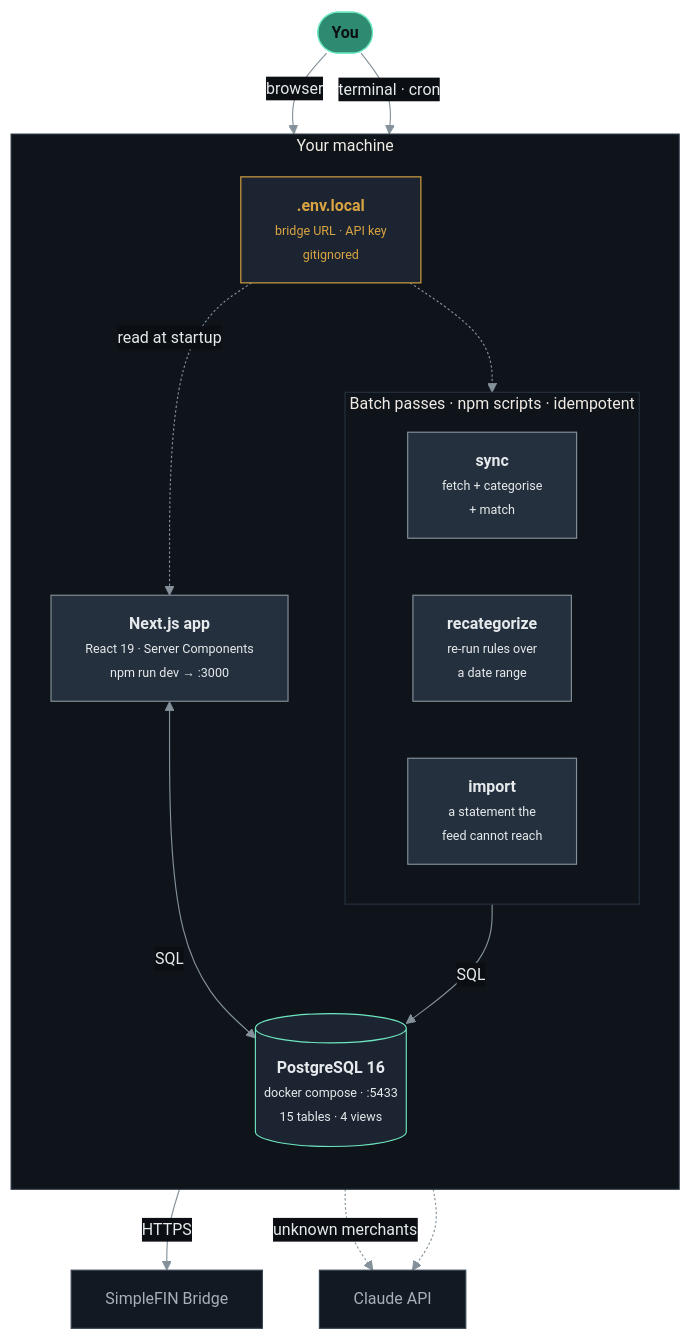
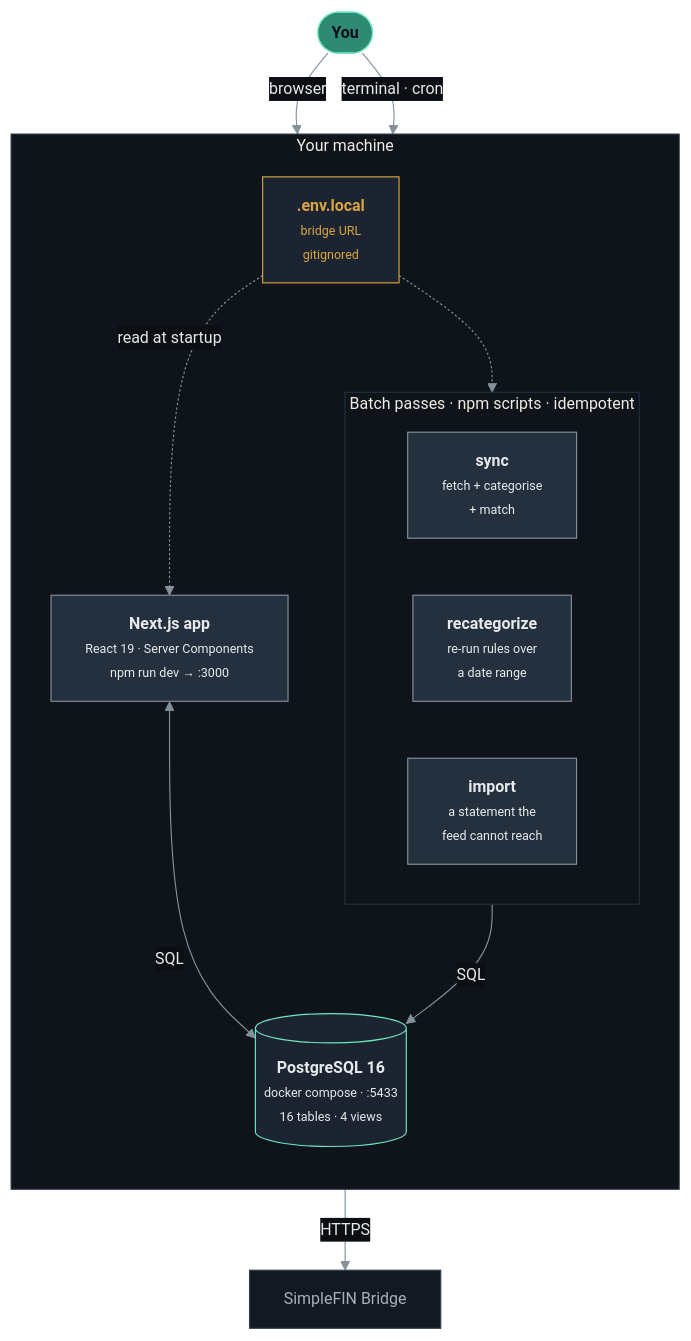
The diagram in docs/architecture/containers.md (aryamanram/personal-finance-manager), drawn with Mermaid before and after one commit. The commit also changed 37 other files, not shown here.

````diff
--- a/docs/architecture/containers.md
+++ b/docs/architecture/containers.md
@@ -7,53 +7,50 @@
 ```mermaid
 %%{init: {'theme':'base','themeVariables':{
   'background':'transparent',
   'primaryColor':'#1b2430','primaryTextColor':'#e6eaec','primaryBorderColor':'#34424f',
   'lineColor':'#84919a','secondaryColor':'#131922','tertiaryColor':'#0f141b',
   'clusterBkg':'#0f141b','clusterBorder':'#25303e',
   'edgeLabelBackground':'#0b0f14','fontSize':'14px'
 }}}%%
 flowchart TB
     owner(["<b>You</b>"])
 
     subgraph machine["Your machine"]
         direction TB
 
         web["<b>Next.js app</b><br/><span style='font-size:11px'>React 19 · Server Components<br/>npm run dev → :3000</span>"]
 
         subgraph passes["Batch passes · npm scripts · idempotent"]
             direction LR
             sync["<b>sync</b><br/><span style='font-size:11px'>fetch + categorise<br/>+ match</span>"]
             recat["<b>recategorize</b><br/><span style='font-size:11px'>re-run rules over<br/>a date range</span>"]
             importcsv["<b>import</b><br/><span style='font-size:11px'>a statement the<br/>feed cannot reach</span>"]
         end
 
-        db[("<b>PostgreSQL 16</b><br/><span style='font-size:11px'>docker compose · :5433<br/>15 tables · 4 views</span>")]
-        envfile["<b>.env.local</b><br/><span style='font-size:11px'>bridge URL · API key<br/>gitignored</span>"]
+        db[("<b>PostgreSQL 16</b><br/><span style='font-size:11px'>docker compose · :5433<br/>16 tables · 4 views</span>")]
+        envfile["<b>.env.local</b><br/><span style='font-size:11px'>bridge URL<br/>gitignored</span>"]
     end
 
     bridge["SimpleFIN Bridge"]
-    claude["Claude API"]
 
     owner -->|"browser"| web
     owner -->|"terminal · cron"| passes
 
     web <-->|"SQL"| db
     passes -->|"SQL"| db
     sync -->|"HTTPS"| bridge
-    recat -.->|"unknown merchants"| claude
-    sync -.-> claude
 
     envfile -.->|"read at startup"| web
     envfile -.-> passes
 
     classDef person fill:#2f8a72,stroke:#6ee7c0,color:#0b0f14
     classDef app fill:#25303e,stroke:#84919a,color:#e6eaec
     classDef store fill:#1b2430,stroke:#6ee7c0,color:#e6eaec
     classDef ext fill:#131922,stroke:#34424f,color:#a5b0b7
     classDef secret fill:#1b2430,stroke:#d9a441,color:#d9a441
     class owner person
     class web,sync,recat,importcsv app
     class db store
-    class bridge,claude ext
+    class bridge ext
     class envfile secret
 ```
````
